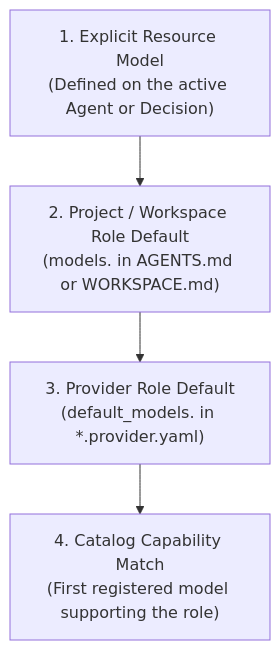
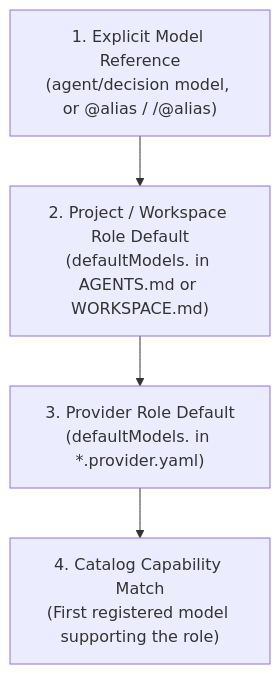
The second of 3 diagrams in docs/guides/workspaces.md (masterkeysrd/tasksmith), drawn with Mermaid before and after one commit. The commit also changed other lines of this file and 17 other files, not shown here.

````diff
--- a/docs/guides/workspaces.md
+++ b/docs/guides/workspaces.md
@@ -127,6 +136,6 @@
 ```mermaid
 flowchart TD
-    R1["1. Explicit Resource Model\n(Defined on the active Agent or Decision)"] --> R2["2. Project / Workspace Role Default\n(models.<role> in AGENTS.md or WORKSPACE.md)"]
-    R2 --> R3["3. Provider Role Default\n(default_models.<role> in *.provider.yaml)"]
+    R1["1. Explicit Model Reference\n(agent/decision model, or @alias / <provider>/@alias)"] --> R2["2. Project / Workspace Role Default\n(defaultModels.<role> in AGENTS.md or WORKSPACE.md)"]
+    R2 --> R3["3. Provider Role Default\n(defaultModels.<role> in *.provider.yaml)"]
     R3 --> R4["4. Catalog Capability Match\n(First registered model supporting the role)"]
 ```
````
